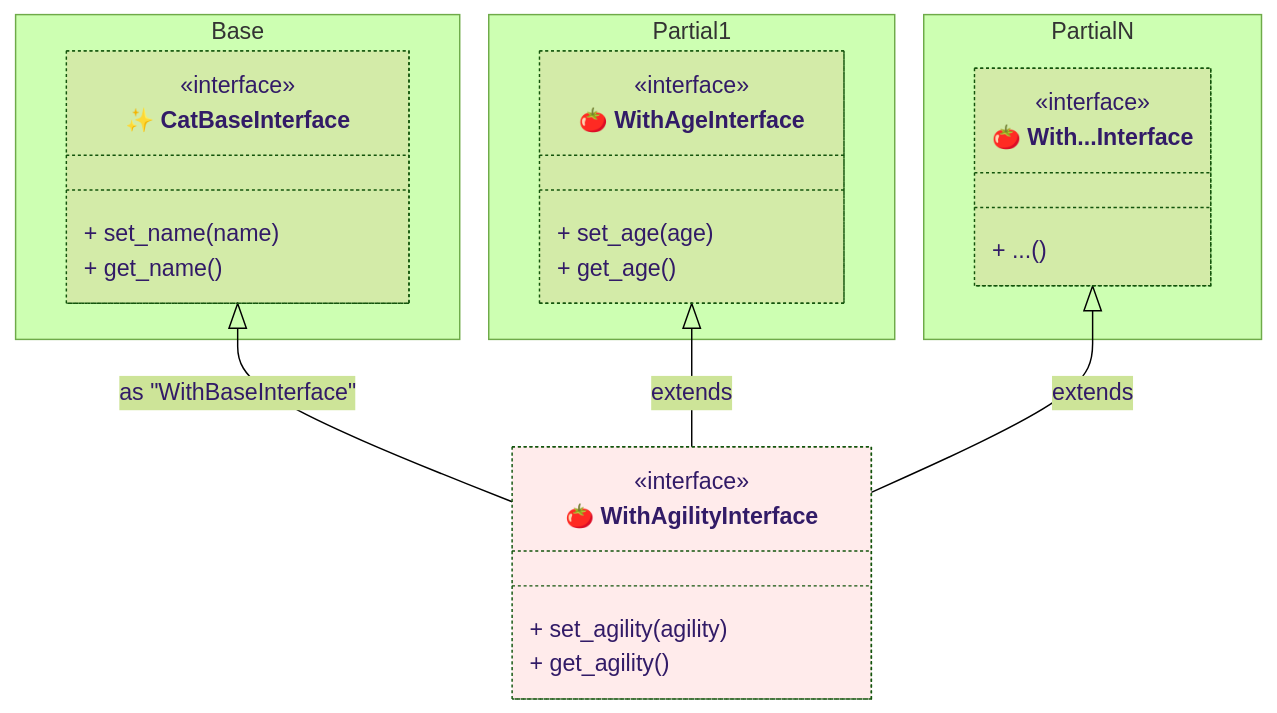
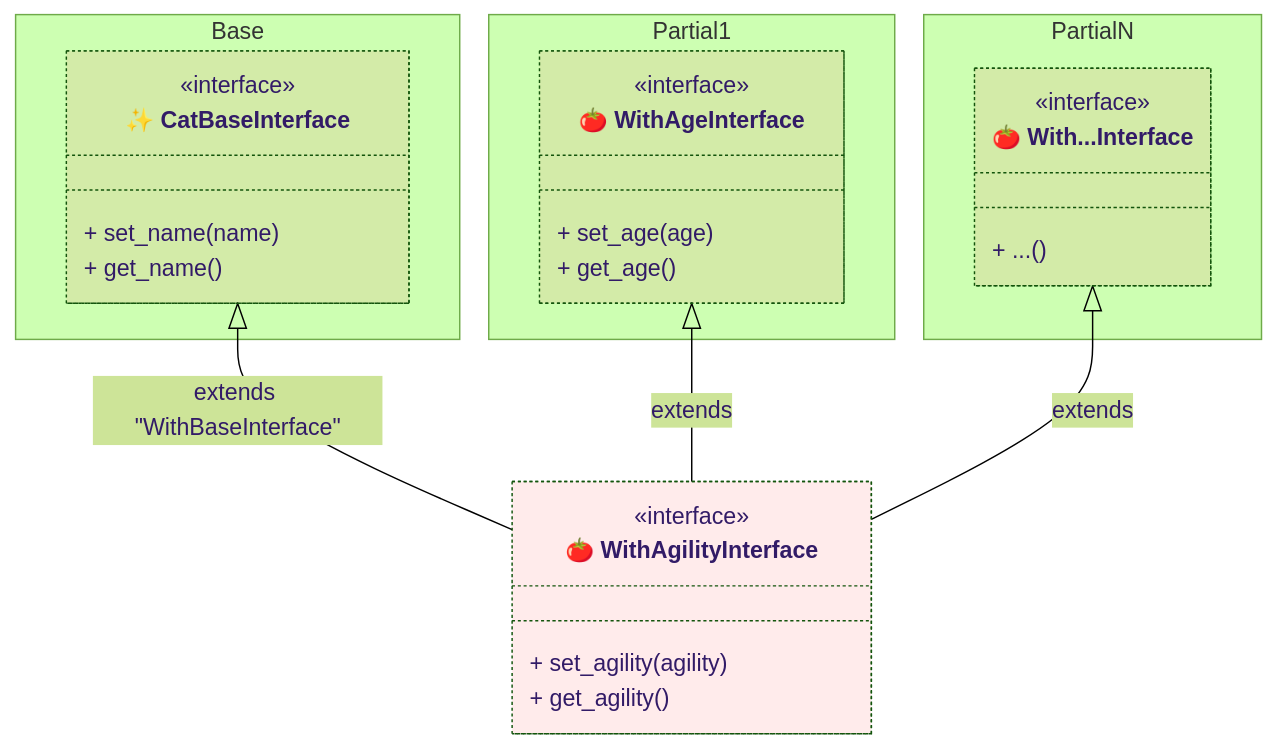
The seventh of 12 diagrams in tests/spec-001--class-composition-with-partial-classes.md (thecodecrate/python-pipeline), drawn with Mermaid (forest theme) before and after one commit. The commit also changed other lines of this file, not shown here.

````diff
--- a/tests/spec-001--class-composition-with-partial-classes.md
+++ b/tests/spec-001--class-composition-with-partial-classes.md
@@ -312,48 +312,48 @@
 ```mermaid
 classDiagram
     namespace Base {
         class Interface1["✨ CatBaseInterface"] {
             <<interface>>
             + set_name(name)
             + get_name()
         }
     }
 
     namespace Partial1 {
         class Interface2["🍅 WithAgeInterface"] {
             <<interface>>
             + set_age(age)
             + get_age()
         }
     }
 
     namespace PartialN {
         class Interface3["🍅 With...Interface"] {
             <<interface>>
             + ...()
         }
     }
 
     class Interface4["🍅 WithAgilityInterface"] {
         <<interface>>
         + set_agility(agility)
         + get_agility()
     }
 
     %% Relationships
-    Interface1 <|-- Interface4 : as "WithBaseInterface"
+    Interface1 <|-- Interface4 : extends "WithBaseInterface"
     Interface2 <|-- Interface4 : extends
     Interface3 <|-- Interface4 : extends
 
     %% Apply Styles
     style Base fill:#ffff6020, stroke-dasharray: 5 5
     style Composed bugfix:#111, stroke-width:2px, font-weight: bold
     style Partial1 bugfix:#111, stroke-dasharray: 5 5
     style Partial2 bugfix:#111, stroke-dasharray: 5 5
     style Partial3 bugfix:#111, stroke-dasharray: 5 5
     style Partial4 bugfix:#111, stroke-dasharray: 5 5
     style Interface1 fill:#ff606020, stroke-dasharray: 2 2
     style Interface2 fill:#ff606020, stroke-dasharray: 2 2
     style Interface3 fill:#ff606020, stroke-dasharray: 2 2
     style Interface4 fill:#ff606020, stroke-dasharray: 2 2
 ```
````
